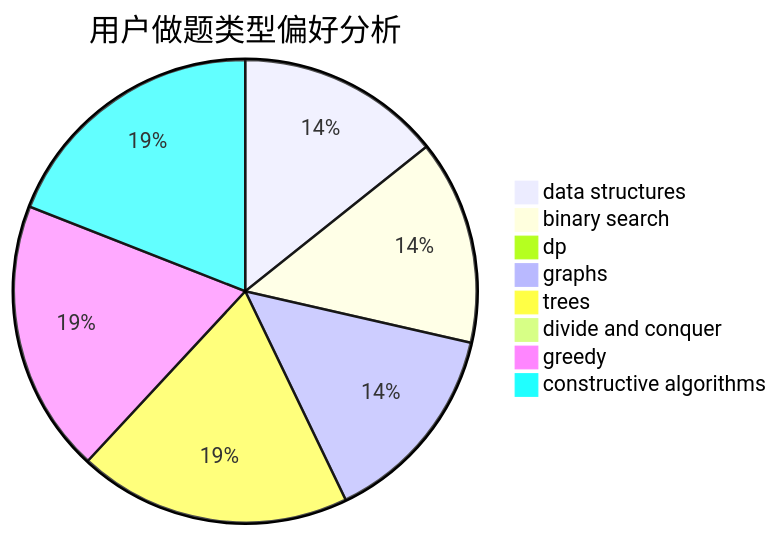
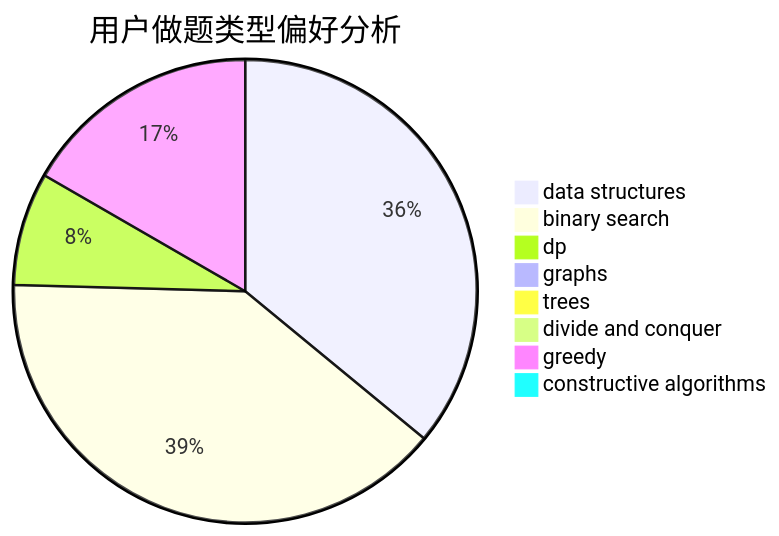
The second of 3 diagrams in docs/user/u1377.md (sherpahu/cfrs.github.io), drawn with Mermaid before and after one commit. The commit also changed other lines of this file and 2770 other files, not shown here.

````diff
--- a/docs/user/u1377.md
+++ b/docs/user/u1377.md
@@ -23,11 +23,11 @@
 ```mermaid
 pie title 用户做题类型偏好分析
-    "data structures" :  3
-    "binary search" :  3
-    "dp" :  0
-    "graphs" :  3
-    "trees" :  4
+    "data structures" :  41
+    "binary search" :  45
+    "dp" :  9
+    "graphs" :  0
+    "trees" :  0
     "divide and conquer" :  0
-    "greedy" :  4
-    "constructive algorithms" :  4
+    "greedy" :  19
+    "constructive algorithms" :  0
 ```
````
